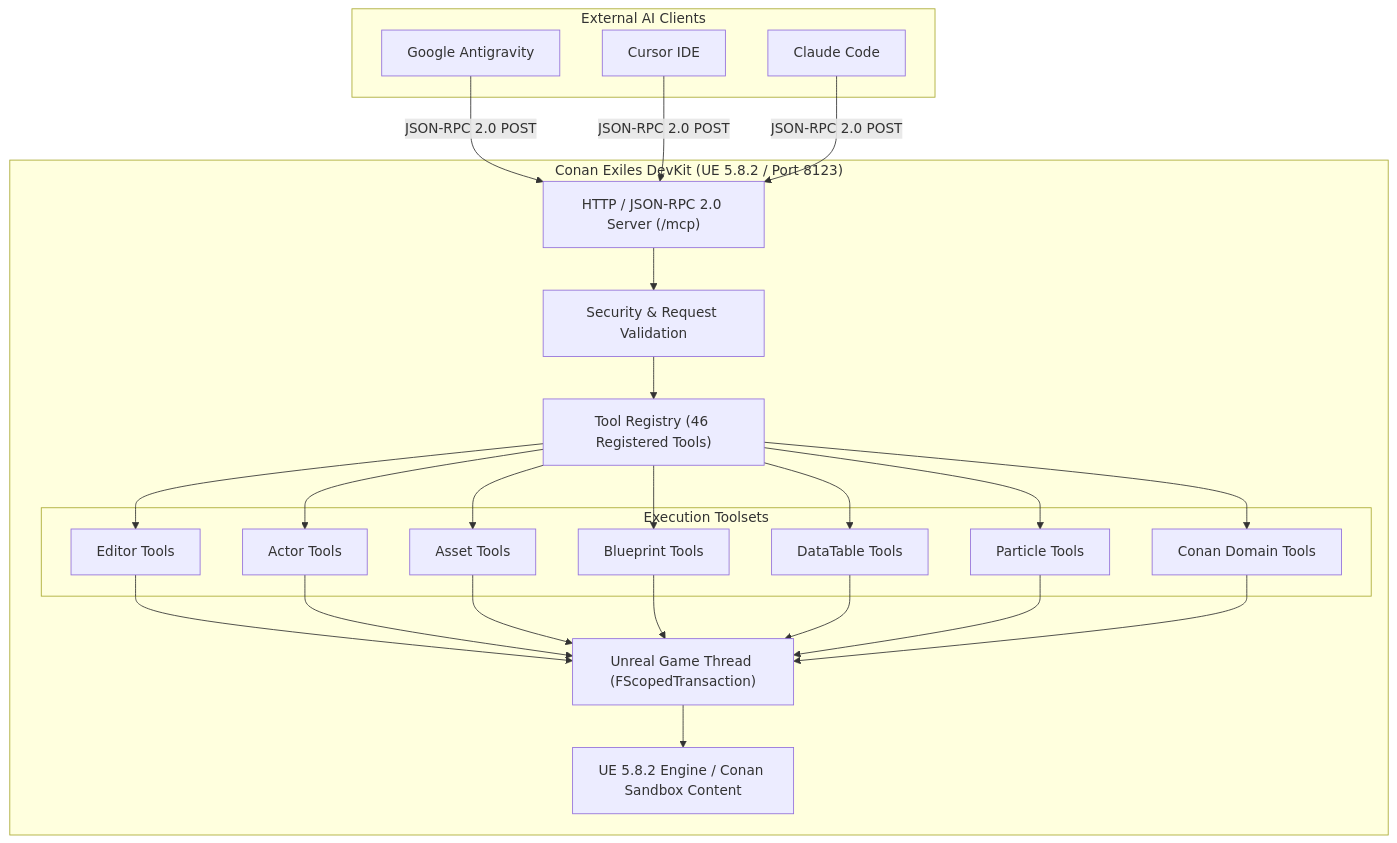
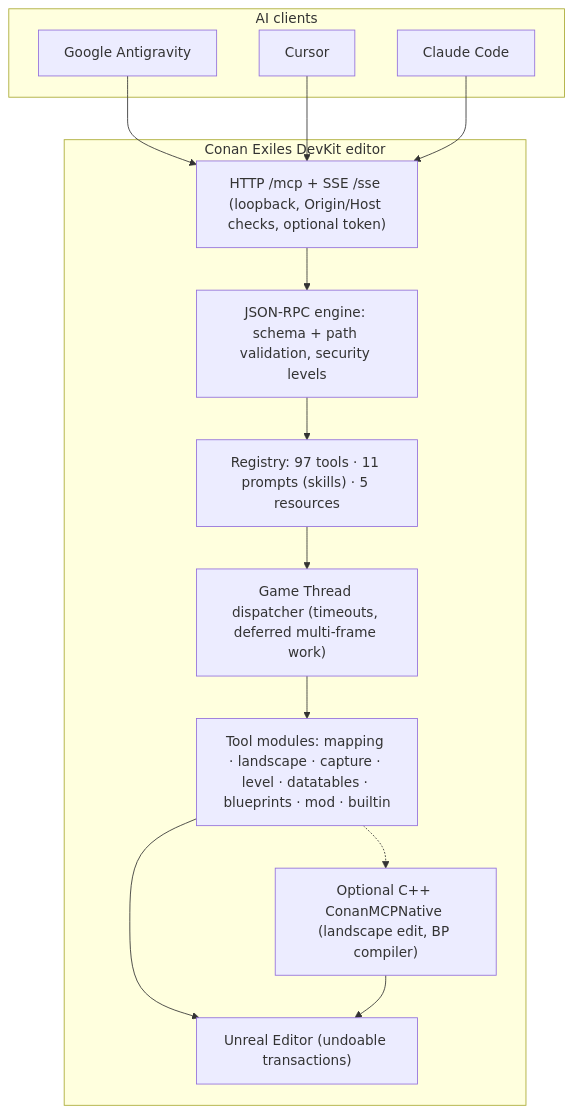
One commit to eneko3d-code/Conan-MCP changed the diagram in README.md. Above: the diagram before and after it, drawn with Mermaid. The commit also changed other lines of this file and 58 other files, not shown here.

First line of the commit message:
feat: ConanMCP 2.0 - mapping, terrain, structures, DataTables, Blueprints, mod workflow and skills

````diff
--- a/README.md
+++ b/README.md
@@ -196,35 +222,21 @@
 ```mermaid
 graph TD
-    subgraph "External AI Clients"
+    subgraph "AI clients"
         AG[Google Antigravity]
-        CR[Cursor IDE]
+        CR[Cursor]
         CC[Claude Code]
     end
 
-    subgraph "Conan Exiles DevKit (UE 5.8.2 / Port 8123)"
-        HTTP["HTTP / JSON-RPC 2.0 Server (/mcp)"]
-        AUTH["Security & Request Validation"]
-        REG["Tool Registry (46 Registered Tools)"]
-        
-        subgraph "Execution Toolsets"
-            ED[Editor Tools]
-            AC[Actor Tools]
-            AS[Asset Tools]
-            BP[Blueprint Tools]
-            DT[DataTable Tools]
-            PT[Particle Tools]
-            CN[Conan Domain Tools]
-        end
-        
-        GT["Unreal Game Thread (FScopedTransaction)"]
-        ENG["UE 5.8.2 Engine / Conan Sandbox Content"]
+    subgraph "Conan Exiles DevKit editor"
+        T["HTTP /mcp + SSE /sse (loopback, Origin/Host checks, optional token)"]
+        P["JSON-RPC engine: schema + path validation, security levels"]
+        R["Registry: 97 tools · 11 prompts (skills) · 5 resources"]
+        D["Game Thread dispatcher (timeouts, deferred multi-frame work)"]
+        TL["Tool modules: mapping · landscape · capture · level · datatables · blueprints · mod · builtin"]
+        N["Optional C++ ConanMCPNative (landscape edit, BP compiler)"]
+        E["Unreal Editor (undoable transactions)"]
     end
 
-    AG -->|JSON-RPC 2.0 POST| HTTP
-    CR -->|JSON-RPC 2.0 POST| HTTP
-    CC -->|JSON-RPC 2.0 POST| HTTP
-
-    HTTP --> AUTH --> REG
-    REG --> ED & AC & AS & BP & DT & PT & CN
-    ED & AC & AS & BP & DT & PT & CN --> GT --> ENG
+    AG & CR & CC --> T --> P --> R --> D --> TL --> E
+    TL -.-> N --> E
 ```
````
